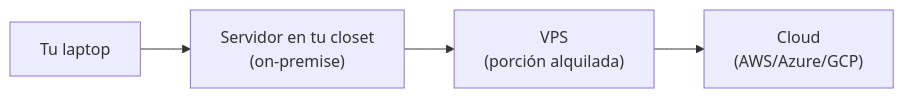
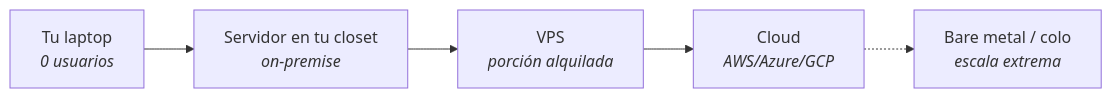
Before and after one commit to TefaSalcedo/libro-desarrollo-web: the diagram in capitulos/nu-01.qmd, drawn with Mermaid. The commit also changed other lines of this file and 4 other files, not shown here.

````diff
--- a/capitulos/nu-01.qmd
+++ b/capitulos/nu-01.qmd
@@ -38,4 +50,7 @@
 ```{mermaid}
 flowchart LR
-  A["Tu laptop"] --> B["Servidor en tu closet<br/>(on-premise)"] --> C["VPS<br/>(porción alquilada)"] --> D["Cloud<br/>(AWS/Azure/GCP)"]
+  A["Tu laptop<br/><i>0 usuarios</i>"] --> B["Servidor en tu closet<br/><i>on-premise</i>"]
+  B --> C["VPS<br/><i>porción alquilada</i>"]
+  C --> D["Cloud<br/><i>AWS/Azure/GCP</i>"]
+  D -.-> E["Bare metal / colo<br/><i>escala extrema</i>"]
 ```
````
